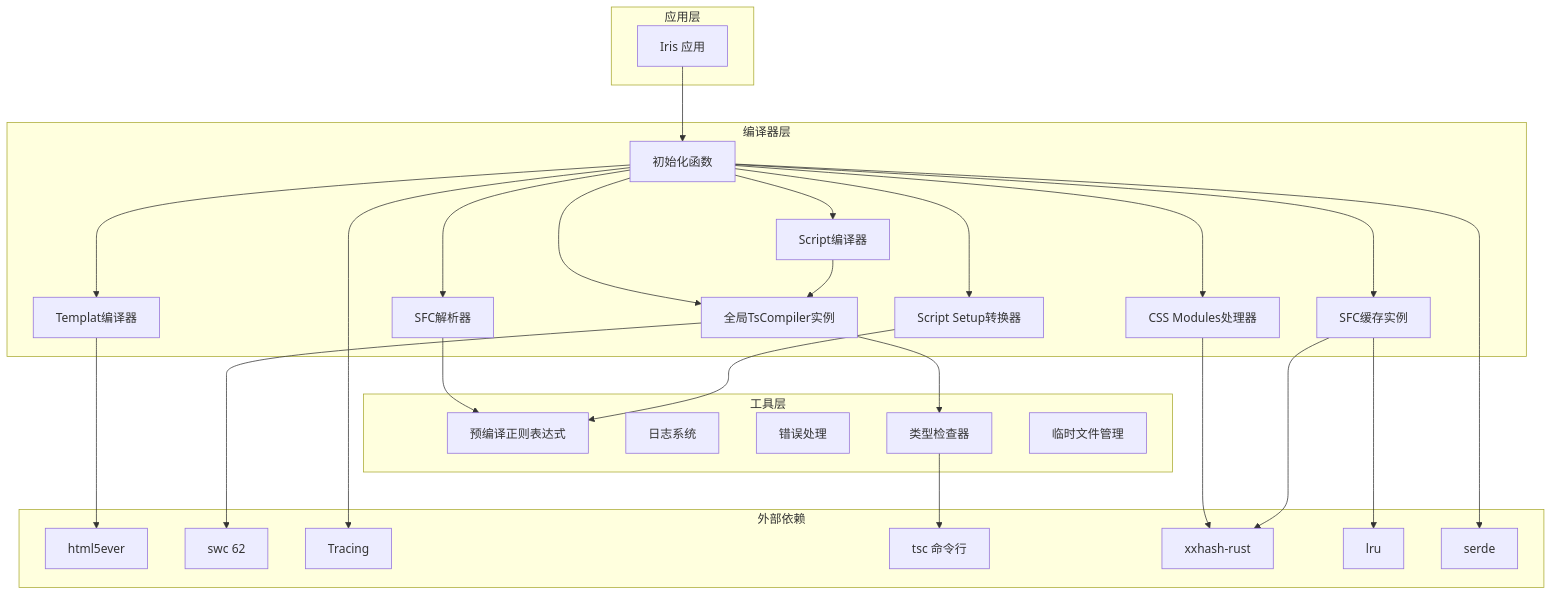
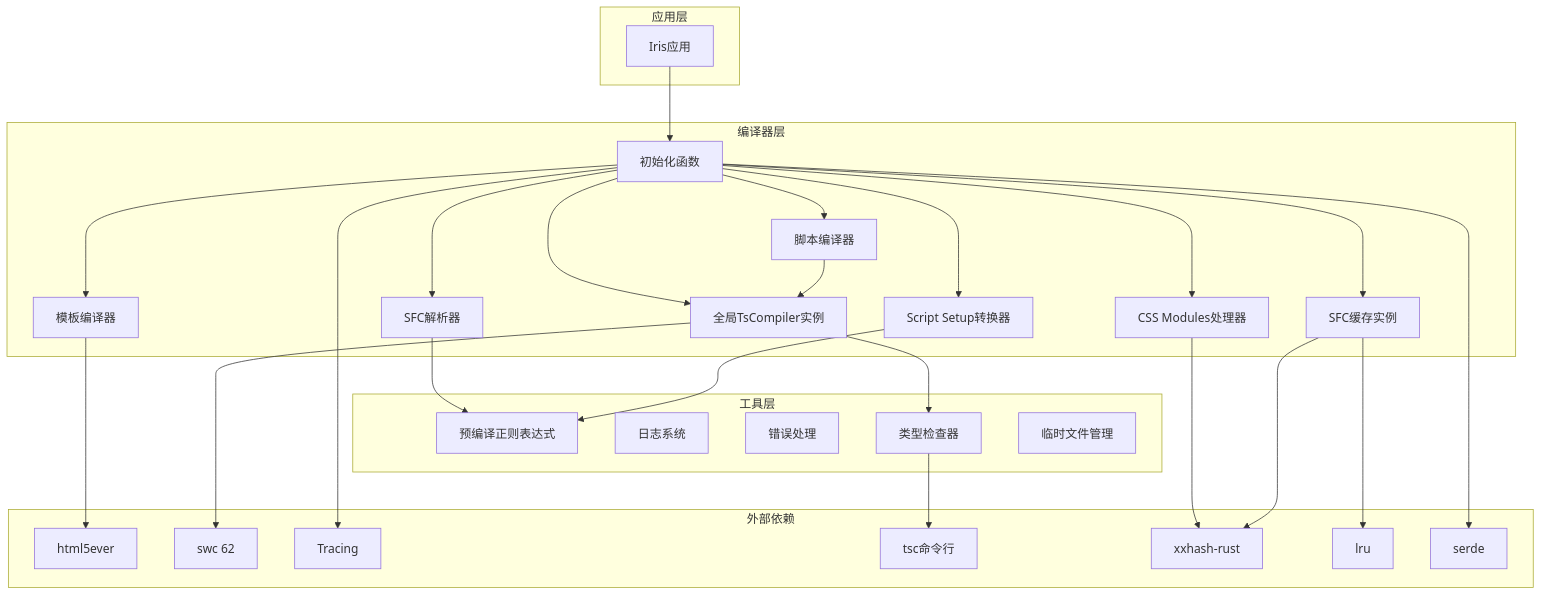
One commit to itszzl-sudo/iris changed the third of 23 diagrams in .qoder/repowiki/zh/content/技术架构详解/即时转译系统/SFC编译器初始化机制/SFC编译器初始化机制.md. Above: the diagram before and after it, drawn with Mermaid. The commit also changed other lines of this file and 7 other files, not shown here.

````diff
--- a/.qoder/repowiki/zh/content/技术架构详解/即时转译系统/SFC编译器初始化机制/SFC编译器初始化机制.md
+++ b/.qoder/repowiki/zh/content/技术架构详解/即时转译系统/SFC编译器初始化机制/SFC编译器初始化机制.md
@@ -177,52 +178,52 @@
 ```mermaid
 graph TB
 subgraph "应用层"
-App[Iris 应用]
+App[Iris应用]
 end
 subgraph "编译器层"
 Init[初始化函数]
 Parser[SFC解析器]
-Template[Templat编译器]
-Script[Script编译器]
+Template[模板编译器]
+Script[脚本编译器]
 GlobalTsCompiler[全局TsCompiler实例]
 CssModules[CSS Modules处理器]
 Cache[SFC缓存实例]
 ScriptSetup[Script Setup转换器]
 end
 subgraph "工具层"
 Regex[预编译正则表达式]
 Logger[日志系统]
 Error[错误处理]
 TypeChecker[类型检查器]
 TempFiles[临时文件管理]
 end
 subgraph "外部依赖"
 Html5ever[html5ever]
 Swc[swc 62]
 Tracing[Tracing]
-Tsc[tsc 命令行]
+Tsc[tsc命令行]
 Xxhash[xxhash-rust]
 Lru[lru]
 Endecode[serde]
 end
 App --> Init
 Init --> Parser
 Init --> Template
 Init --> Script
 Init --> GlobalTsCompiler
 Init --> CssModules
 Init --> Cache
 Init --> ScriptSetup
 Parser --> Regex
 Template --> Html5ever
 Script --> GlobalTsCompiler
 GlobalTsCompiler --> Swc
 GlobalTsCompiler --> TypeChecker
 TypeChecker --> Tsc
 CssModules --> Xxhash
 Cache --> Lru
 Cache --> Xxhash
 ScriptSetup --> Regex
 Init --> Tracing
 Init --> Endecode
 ```
````
